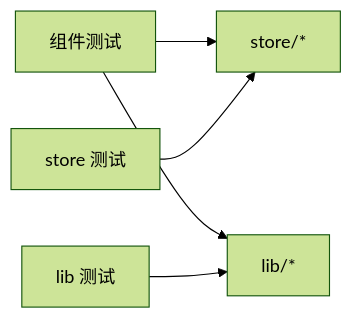
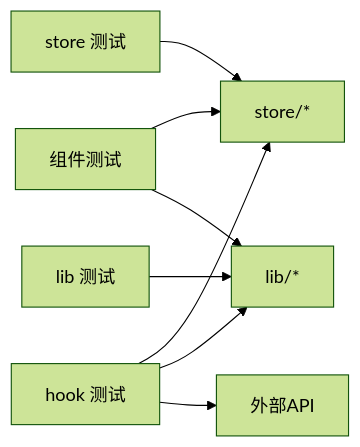
The third of 3 diagrams in .qoder/repowiki/zh/content/测试策略.md (Zy0913/xtab), drawn with Mermaid (forest theme) before and after one commit. The commit also changed other lines of this file and 15 other files, not shown here.

````diff
--- a/.qoder/repowiki/zh/content/测试策略.md
+++ b/.qoder/repowiki/zh/content/测试策略.md
@@ -256,7 +318,10 @@
 ```mermaid
 graph LR
 UI_TESTS["组件测试"] --> STORE["store/*"]
 UI_TESTS --> LIB["lib/*"]
 STORE_TESTS["store 测试"] --> STORE
 LIB_TESTS["lib 测试"] --> LIB
+HOOK_TESTS["hook 测试"] --> STORE
+HOOK_TESTS --> LIB
+HOOK_TESTS --> API["外部API"]
 ```
````
